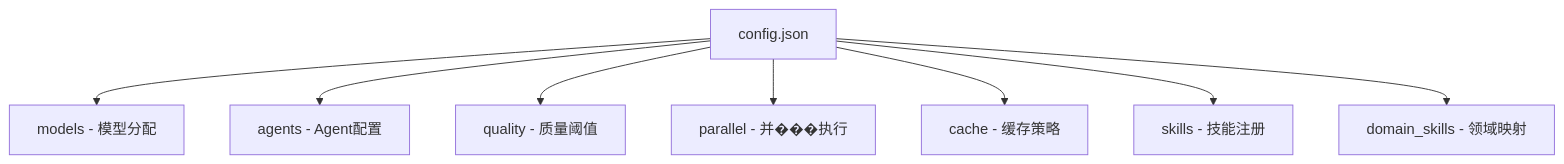
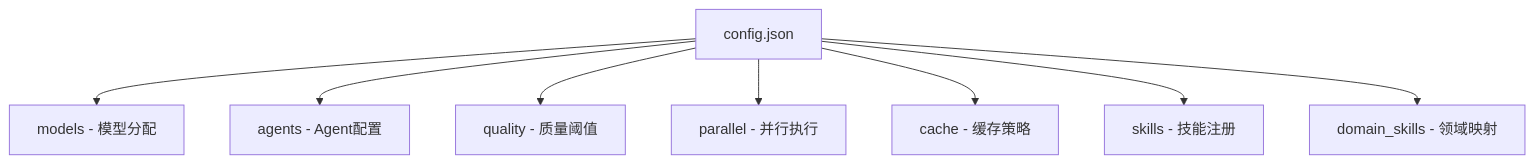
The diagram in docs/config-reference.md (zzc-cloud/Paper-factory), drawn with Mermaid before and after one commit. The commit also changed other lines of this file and 61 other files, not shown here.

````diff
--- a/docs/config-reference.md
+++ b/docs/config-reference.md
@@ -11,10 +11,10 @@
 ```mermaid
 graph TB
     A[config.json] --> B[models - 模型分配]
     A --> C[agents - Agent配置]
     A --> D[quality - 质量阈值]
-    A --> E[parallel - 并���执行]
+    A --> E[parallel - 并行执行]
     A --> F[cache - 缓存策略]
     A --> G[skills - 技能注册]
     A --> H[domain_skills - 领域映射]
 ```
````
